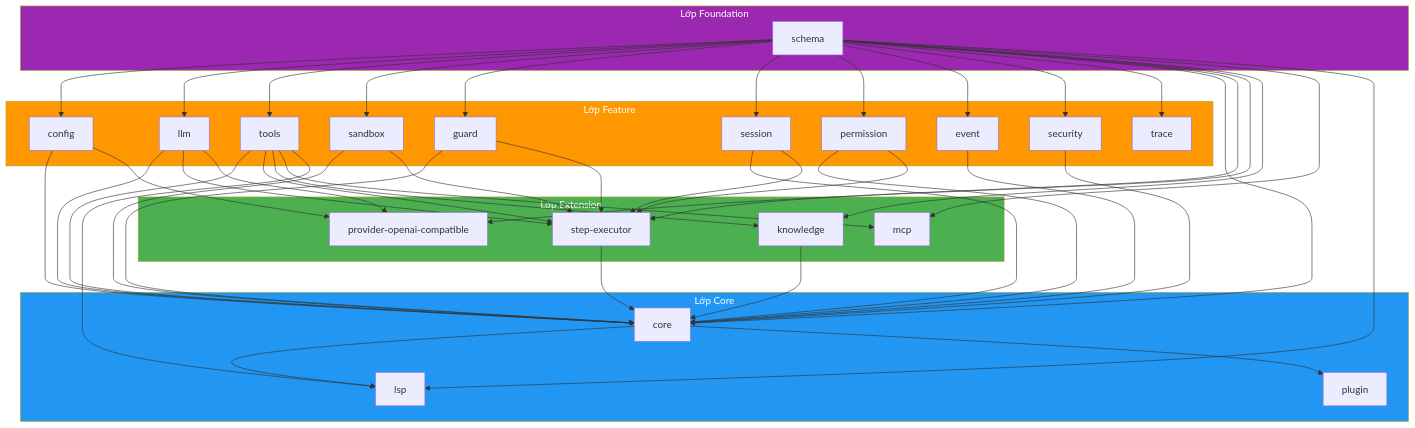
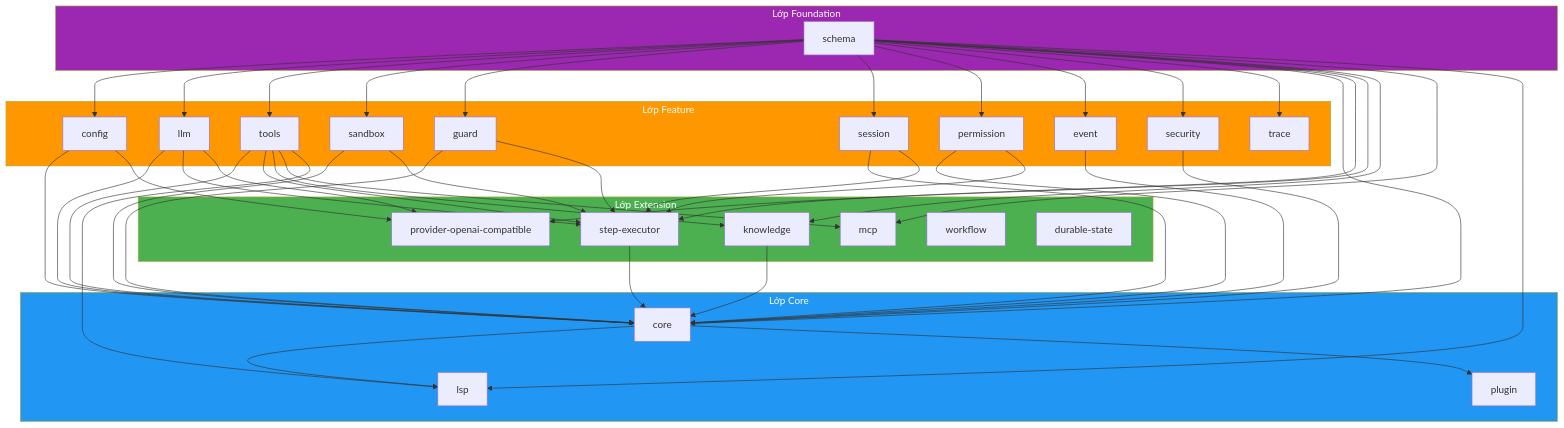
Before and after one commit to vinhnt-develop/vinhnt-sdk: the diagram in docs/architecture/dependency-graph.vi.md, drawn with Mermaid. The commit also changed other lines of this file and 37 other files, not shown here.

```diff
--- a/docs/architecture/dependency-graph.vi.md
+++ b/docs/architecture/dependency-graph.vi.md
@@ -26,6 +26,8 @@
         provider-openai-compatible["provider-openai-compatible"]
         knowledge["knowledge"]
         mcp["mcp"]
+        workflow["workflow"]
+        durable-state["durable-state"]
     end
 
     subgraph Feature["Lớp Feature"]
```
